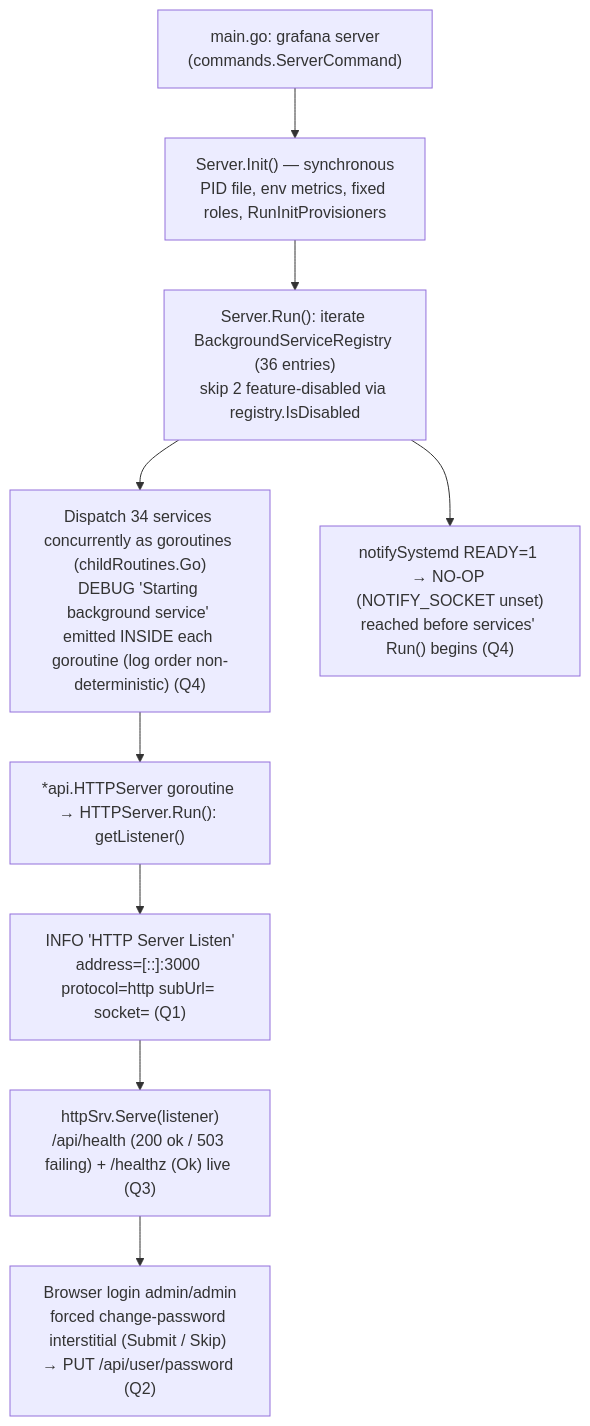
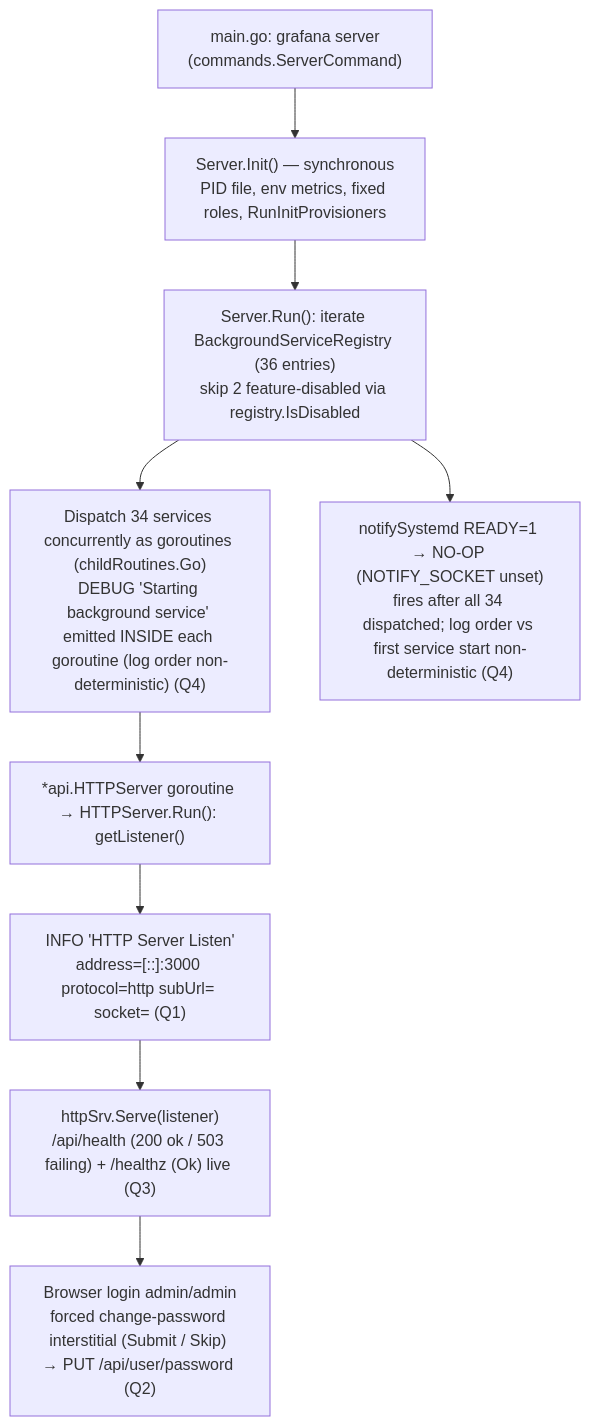
The diagram in blitzy/documentation/grafana_4550cfb5b728.md (blitzy-research/grafana), drawn with Mermaid before and after one commit. The commit also changed other lines of this file, not shown here.

````diff
--- a/blitzy/documentation/grafana_4550cfb5b728.md
+++ b/blitzy/documentation/grafana_4550cfb5b728.md
@@ -1239,11 +1278,11 @@
 ```mermaid
 flowchart TD
     A["main.go: grafana server<br/>(commands.ServerCommand)"] --> B["Server.Init() — synchronous<br/>PID file, env metrics, fixed roles, RunInitProvisioners"]
     B --> C["Server.Run(): iterate BackgroundServiceRegistry (36 entries)<br/>skip 2 feature-disabled via registry.IsDisabled"]
     C --> D["Dispatch 34 services concurrently as goroutines (childRoutines.Go)<br/>DEBUG 'Starting background service' emitted INSIDE each goroutine (log order non-deterministic) (Q4)"]
     D --> E["*api.HTTPServer goroutine → HTTPServer.Run(): getListener()"]
     E --> F["INFO 'HTTP Server Listen'<br/>address=[::]:3000 protocol=http subUrl= socket= (Q1)"]
     F --> G["httpSrv.Serve(listener)<br/>/api/health (200 ok / 503 failing) + /healthz (Ok) live (Q3)"]
-    C --> H["notifySystemd READY=1 → NO-OP (NOTIFY_SOCKET unset)<br/>reached before services' Run() begins (Q4)"]
+    C --> H["notifySystemd READY=1 → NO-OP (NOTIFY_SOCKET unset)<br/>fires after all 34 dispatched; log order vs first service start non-deterministic (Q4)"]
     G --> I["Browser login admin/admin<br/>forced change-password interstitial (Submit / Skip) → PUT /api/user/password (Q2)"]
 ```
````
